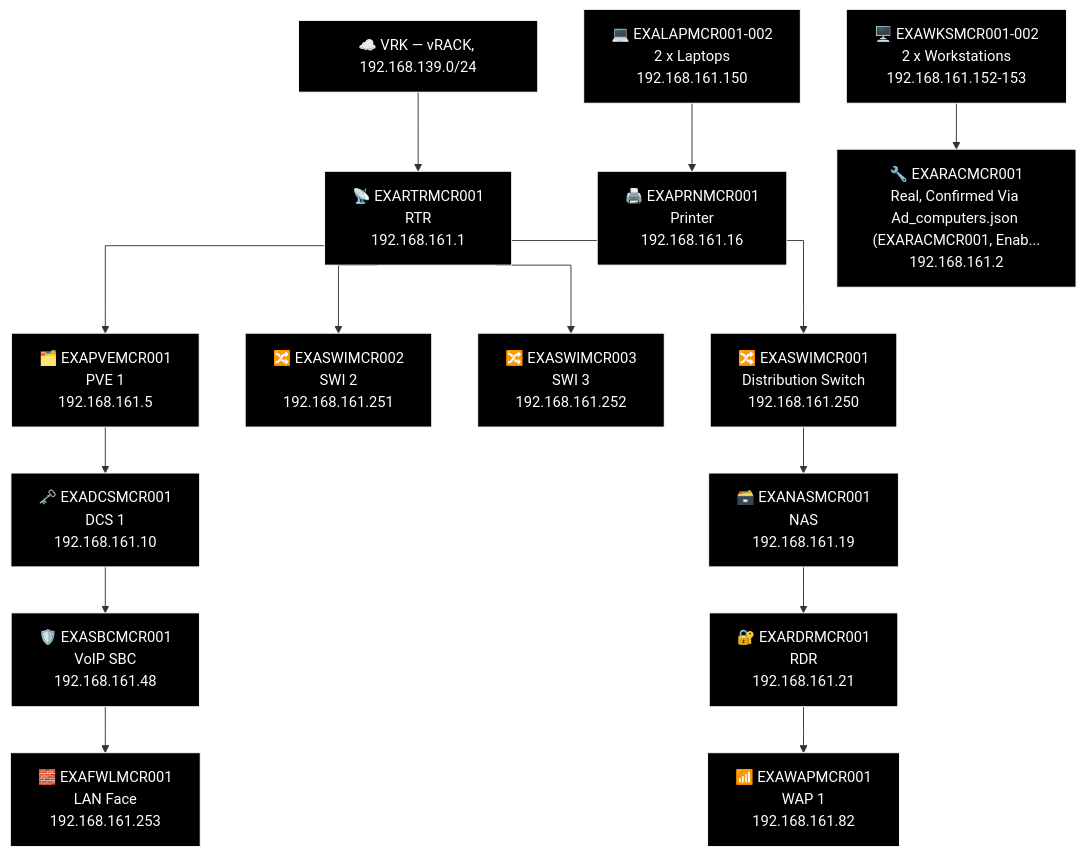
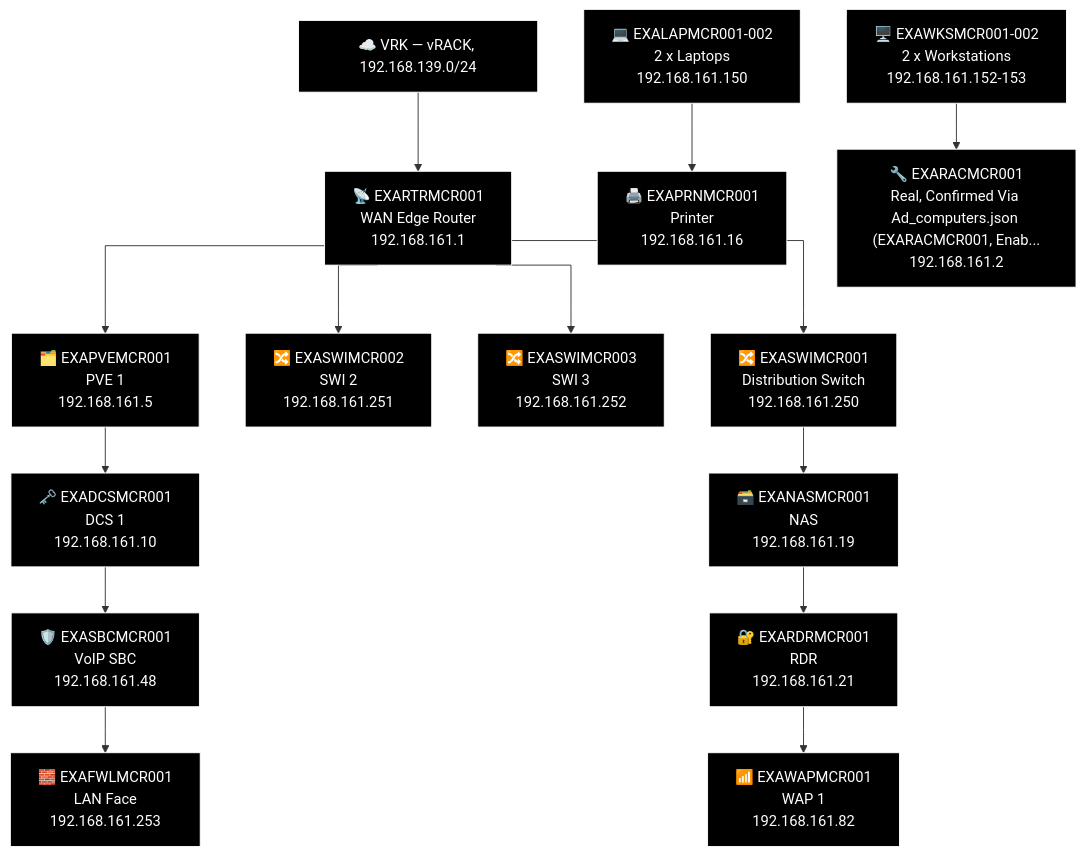
Before and after one commit to knightmare2600/example_music_infra: the ninth of 27 diagrams in docs/network-diagram/england.md, drawn with Mermaid. The commit also changed other lines of this file and 17 other files, not shown here.

````diff
--- a/docs/network-diagram/england.md
+++ b/docs/network-diagram/england.md
@@ -447,47 +447,47 @@
 ```mermaid
 %% GENERATED:TOPOLOGY:MCR:START
 %%{init: {'flowchart': {'curve': 'stepAfter'}}}%%
 graph TD
     T_VRK["☁️ VRK — vRACK, 192.168.139.0/24"]
-    T_RTR["📡 EXARTRMCR001<br/>RTR<br/>192.168.161.1"]
+    T_RTR["📡 EXARTRMCR001<br/>WAN Edge Router<br/>192.168.161.1"]
     T_VRK --> T_RTR
     T_PVE["🗂️ EXAPVEMCR001<br/>PVE 1<br/>192.168.161.5"]
     T_RTR --> T_PVE
     T_SWI["🔀 EXASWIMCR002<br/>SWI 2<br/>192.168.161.251"]
     T_RTR --> T_SWI
     T_SWI2["🔀 EXASWIMCR003<br/>SWI 3<br/>192.168.161.252"]
     T_RTR --> T_SWI2
     T_SWI3["🔀 EXASWIMCR001<br/>Distribution Switch<br/>192.168.161.250"]
     T_RTR --> T_SWI3
     T_NAS["🗃️ EXANASMCR001<br/>NAS<br/>192.168.161.19"]
     T_RDR["🔐 EXARDRMCR001<br/>RDR<br/>192.168.161.21"]
     T_WAP["📶 EXAWAPMCR001<br/>WAP 1<br/>192.168.161.82"]
     T_SWI3 --> T_NAS --> T_RDR --> T_WAP
     T_DCS["🗝️ EXADCSMCR001<br/>DCS 1<br/>192.168.161.10"]
     T_SBC["🛡️ EXASBCMCR001<br/>VoIP SBC<br/>192.168.161.48"]
     T_FWL["🧱 EXAFWLMCR001<br/>LAN Face<br/>192.168.161.253"]
     T_PVE --> T_DCS --> T_SBC --> T_FWL
     T_OTH_LAP["💻 EXALAPMCR001-002<br/>2 x Laptops<br/>192.168.161.150"]
     T_OTH_WKS["🖥️ EXAWKSMCR001-002<br/>2 x Workstations<br/>192.168.161.152-153"]
     T_PRN["🖨️ EXAPRNMCR001<br/>Printer<br/>192.168.161.16"]
     T_RAC["🔧 EXARACMCR001<br/>Real, Confirmed Via Ad_computers.json (EXARACMCR001, Enab...<br/>192.168.161.2"]
     T_OTH_LAP --> T_PRN
     T_OTH_WKS --> T_RAC
     style T_VRK fill:#000000,stroke:#FFFFFF,color:#FFFFFF
     style T_RTR fill:#000000,stroke:#FFFFFF,color:#FFFFFF
     style T_PVE fill:#000000,stroke:#FFFFFF,color:#FFFFFF
     style T_SWI fill:#000000,stroke:#FFFFFF,color:#FFFFFF
     style T_SWI2 fill:#000000,stroke:#FFFFFF,color:#FFFFFF
     style T_SWI3 fill:#000000,stroke:#FFFFFF,color:#FFFFFF
     style T_NAS fill:#000000,stroke:#FFFFFF,color:#FFFFFF
     style T_RDR fill:#000000,stroke:#FFFFFF,color:#FFFFFF
     style T_WAP fill:#000000,stroke:#FFFFFF,color:#FFFFFF
     style T_DCS fill:#000000,stroke:#FFFFFF,color:#FFFFFF
     style T_SBC fill:#000000,stroke:#FFFFFF,color:#FFFFFF
     style T_FWL fill:#000000,stroke:#FFFFFF,color:#FFFFFF
     style T_OTH_LAP fill:#000000,stroke:#FFFFFF,color:#FFFFFF
     style T_OTH_WKS fill:#000000,stroke:#FFFFFF,color:#FFFFFF
     style T_PRN fill:#000000,stroke:#FFFFFF,color:#FFFFFF
     style T_RAC fill:#000000,stroke:#FFFFFF,color:#FFFFFF
 %% GENERATED:TOPOLOGY:MCR:END
 ```
````
